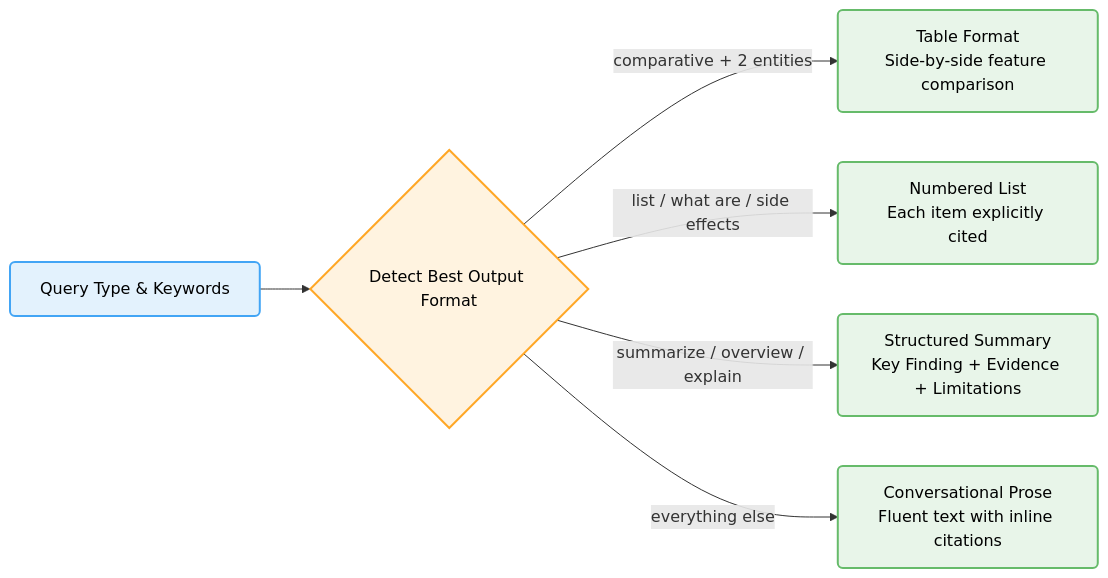
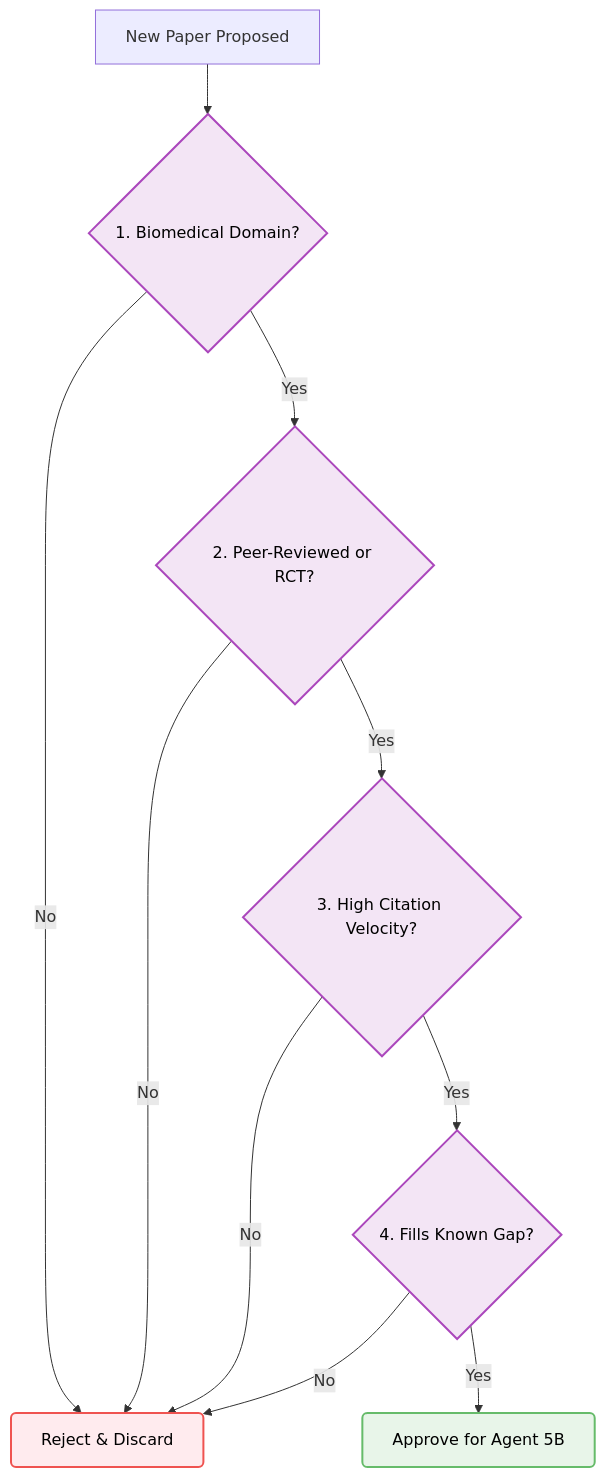
The eighth of 12 diagrams in ARCHITECTURE.md (pavan939111/SelfLearning_Rag), drawn with Mermaid before and after one commit. The commit also changed other lines of this file and 2 other files, not shown here.

Commit message:
docs: finalize architecture documentation by merging highly-detailed agent and cycle diagrams into the new structure

````diff
--- a/ARCHITECTURE.md
+++ b/ARCHITECTURE.md
@@ -359,14 +223,19 @@
 ```mermaid
-flowchart LR
-    classDef input fill:#e3f2fd,stroke:#42a5f5,stroke-width:2px,color:#000,rx:5px
-    classDef process fill:#fff3e0,stroke:#ffa726,stroke-width:2px,color:#000,rx:5px
-    classDef result fill:#e8f5e9,stroke:#66bb6a,stroke-width:2px,color:#000,rx:5px
+flowchart TD
+    classDef cold fill:#f3e5f5,stroke:#ab47bc,stroke-width:2px,color:#000,rx:5px
+    classDef fail fill:#ffebee,stroke:#ef5350,stroke-width:2px,color:#000,rx:5px
+    classDef success fill:#e8f5e9,stroke:#66bb6a,stroke-width:2px,color:#000,rx:5px
 
-    Q["Query Type & Keywords"]:::input --> DET
-
-    DET{"Detect Best Output Format"}:::process
-    DET -->|"comparative + 2 entities"| TABLE["Table Format\nSide-by-side feature comparison"]:::result
-    DET -->|"list / what are / side effects"| LIST["Numbered List\nEach item explicitly cited"]:::result
-    DET -->|"summarize / overview / explain"| SUMMARY["Structured Summary\nKey Finding + Evidence + Limitations"]:::result
-    DET -->|"everything else"| PROSE["Conversational Prose\nFluent text with inline citations"]:::result
+    PAPER["New Paper Proposed"] --> D{"1. Biomedical Domain?"}:::cold
+    D -->|"No"| REJ["Reject & Discard"]:::fail
+    D -->|"Yes"| P{"2. Peer-Reviewed or RCT?"}:::cold
+    
+    P -->|"No"| REJ
+    P -->|"Yes"| V{"3. High Citation Velocity?"}:::cold
+    
+    V -->|"No"| REJ
+    V -->|"Yes"| G{"4. Fills Known Gap?"}:::cold
+    
+    G -->|"No"| REJ
+    G -->|"Yes"| PASS["Approve for Agent 5B"]:::success
 ```
````
